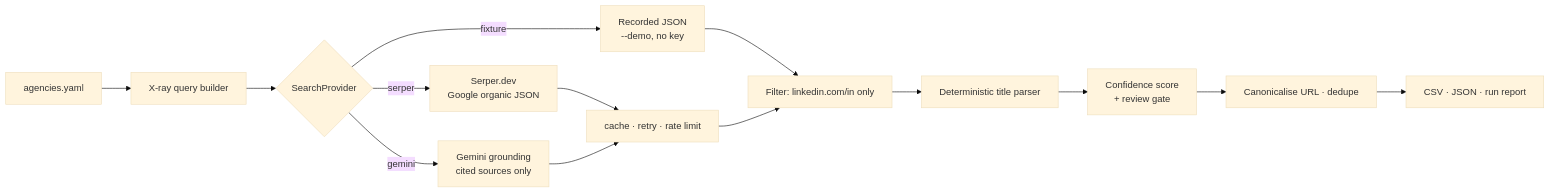
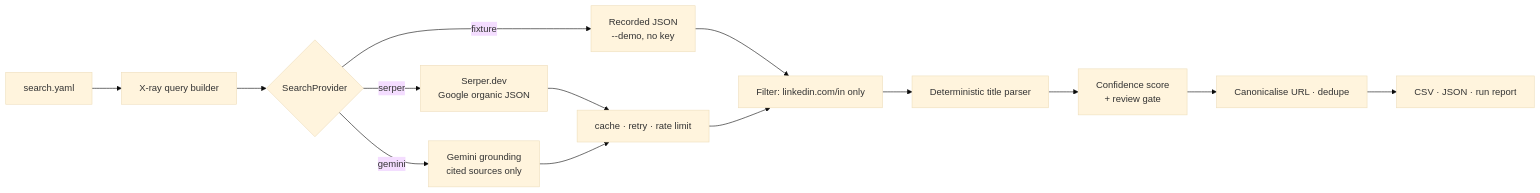
One commit to ShamanIsBack/b2b-prospector changed the diagram in README.md. Above: the diagram before and after it, drawn with Mermaid (base theme). The commit also changed other lines of this file and 15 other files, not shown here.

First line of the commit message:
Consolidate search targeting into one file (search.yaml)

````diff
--- a/README.md
+++ b/README.md
@@ -58,16 +58,16 @@
 ```mermaid
 flowchart LR
-    A[agencies.yaml] --> B[X-ray query builder]
+    A[search.yaml] --> B[X-ray query builder]
     B --> C{SearchProvider}
     C -->|serper| D[Serper.dev<br/>Google organic JSON]
     C -->|gemini| E[Gemini grounding<br/>cited sources only]
     C -->|fixture| F[Recorded JSON<br/>--demo, no key]
     D --> G[cache · retry · rate limit]
     E --> G
     F --> H
     G --> H[Filter: linkedin.com/in only]
     H --> I[Deterministic title parser]
     I --> J[Confidence score<br/>+ review gate]
     J --> K[Canonicalise URL · dedupe]
     K --> L[CSV · JSON · run report]
 ```
````
